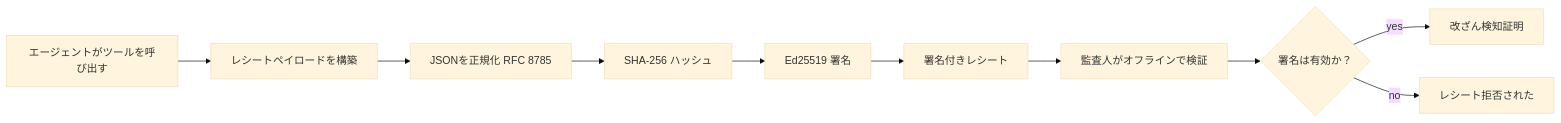
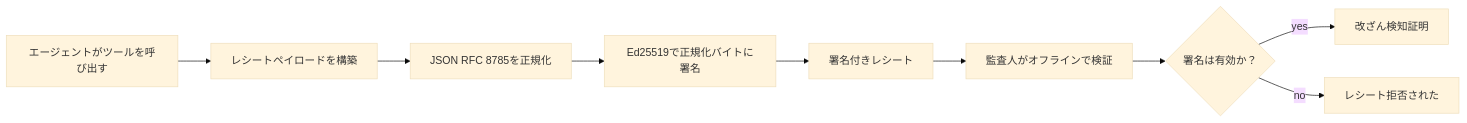
The first of 2 diagrams in translations/ja/18-securing-ai-agents/README.md (microsoft/ai-agents-for-beginners), drawn with Mermaid (base theme) before and after one commit. The commit also changed other lines of this file and 46 other files, not shown here.

````diff
--- a/translations/ja/18-securing-ai-agents/README.md
+++ b/translations/ja/18-securing-ai-agents/README.md
@@ -51,12 +51,11 @@
 ```mermaid
 flowchart LR
     A[エージェントがツールを呼び出す] --> B[レシートペイロードを構築]
-    B --> C[JSONを正規化 RFC 8785]
-    C --> D[SHA-256 ハッシュ]
-    D --> E[Ed25519 署名]
+    B --> C[JSON RFC 8785を正規化]
+    C --> E[Ed25519で正規化バイトに署名]
     E --> F[署名付きレシート]
     F --> G[監査人がオフラインで検証]
     G --> H{署名は有効か？}
     H -- yes --> I[改ざん検知証明]
     H -- no --> J[レシート拒否された]
 ```
````
